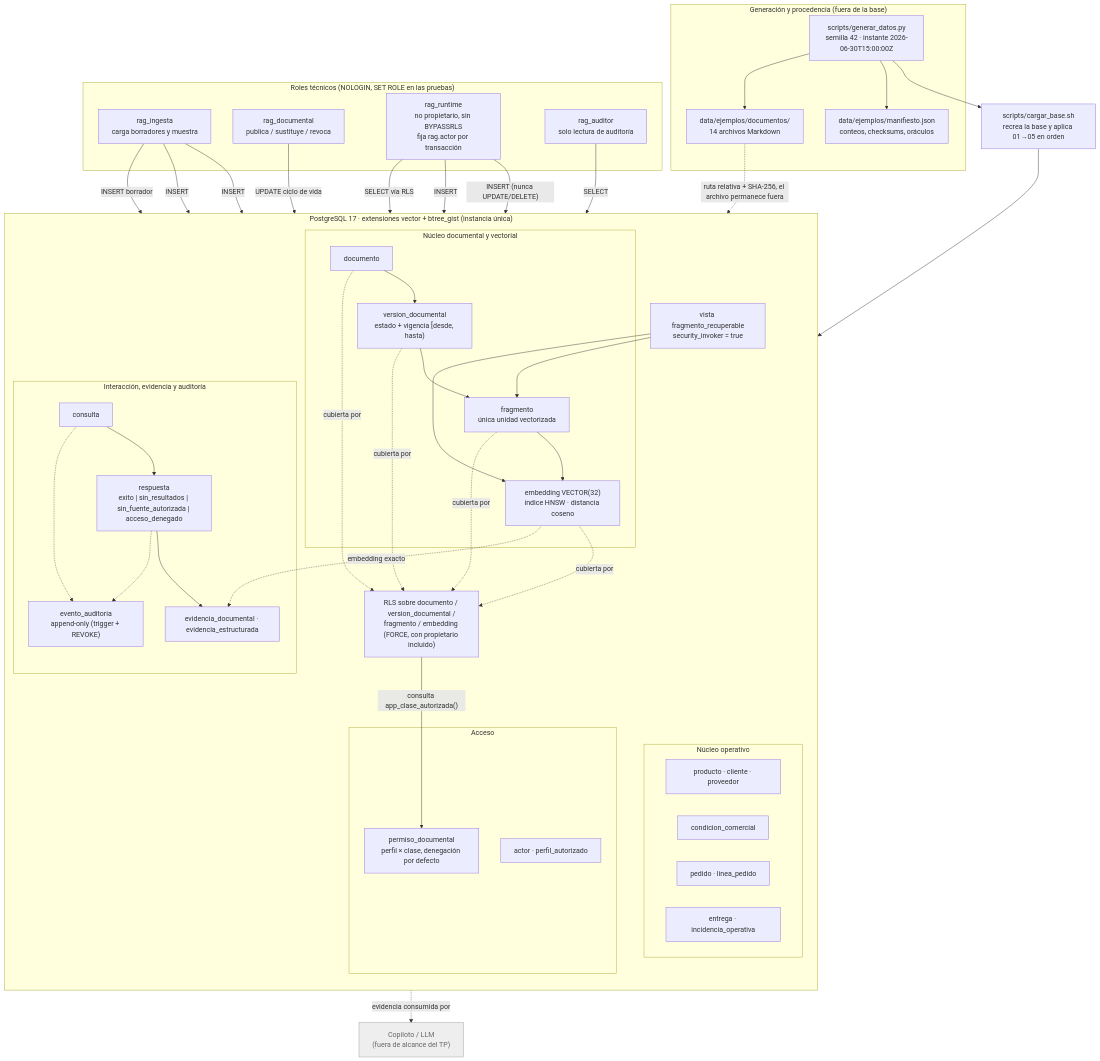
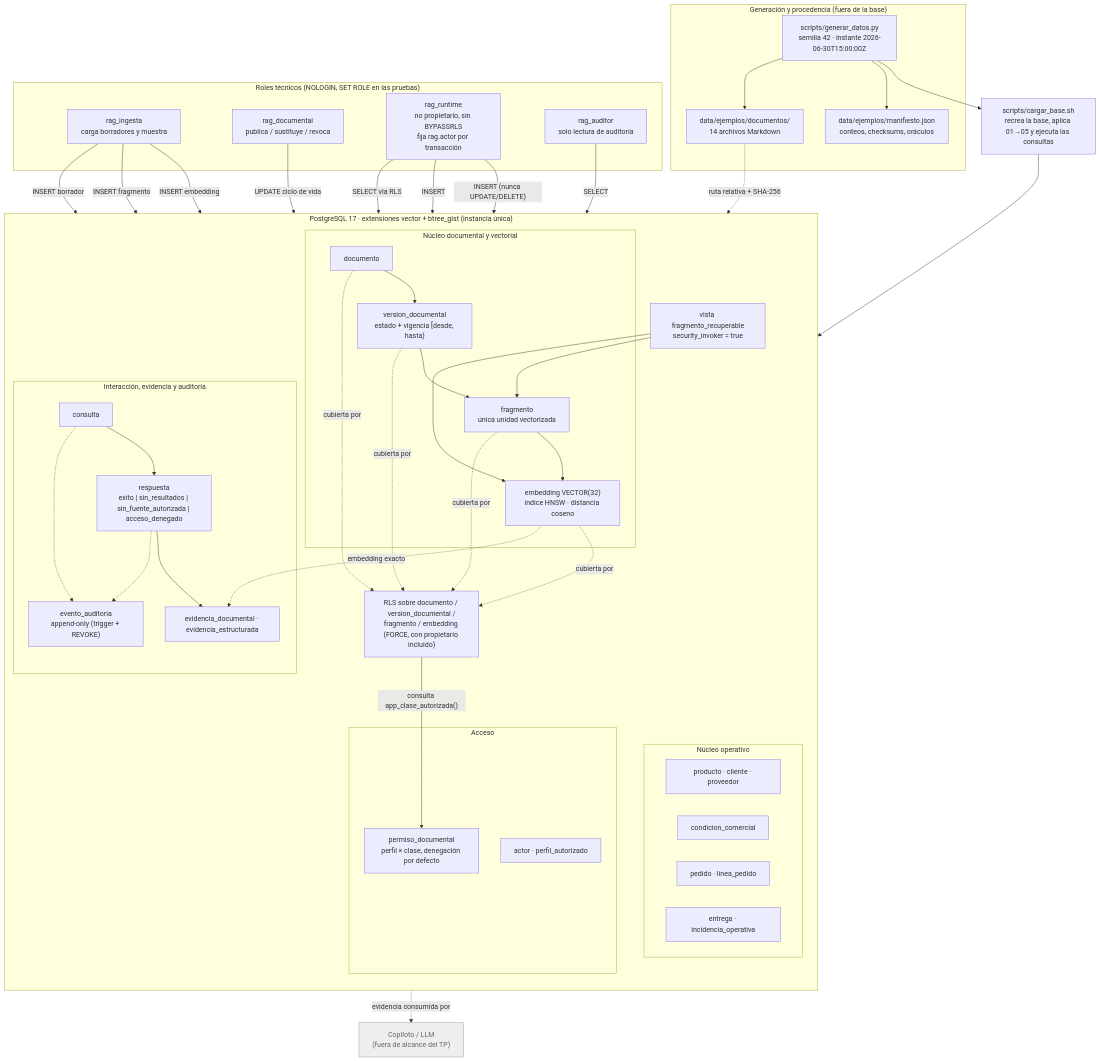
Before and after one commit to martinmw13/rag-bdia-tp-final: the diagram in docs/diagramas/arquitectura.mmd, drawn with Mermaid. The commit also changed 15 other files, not shown here.

First line of the commit message:
docs: publica los diagramas renderizados y ajusta referencias

```diff
--- a/docs/diagramas/arquitectura.mmd
+++ b/docs/diagramas/arquitectura.mmd
@@ -1,93 +1,93 @@
 %% =============================================================================
 %% Arquitectura - Capa de datos para un copiloto RAG interno
 %% =============================================================================
 %% Núcleo único: una instancia de PostgreSQL con pgvector y btree_gist concentra
 %% datos operativos, documentales, vectoriales, de acceso, interacción y
 %% auditoría. No hay frontend, backend, API ni LLM: el copiloto es el contexto
 %% del problema, representado como un consumidor externo fuera de alcance.
 %% El flujo sigue docs/specs/.../impl-modelo-datos.md: generación sintética,
 %% carga, documento/versionado, fragmentación, embeddings, recuperación
 %% autorizada, evidencia y auditoría.
 %% Fuente de autoridad: README.md, db/estructura/, db/indices_vistas/05_seguridad.sql.
 %% =============================================================================
 flowchart TD
     subgraph ORIGEN["Generación y procedencia (fuera de la base)"]
         GEN["scripts/generar_datos.py<br/>semilla 42 · instante 2026-06-30T15:00:00Z"]
         DOCS["data/ejemplos/documentos/<br/>14 archivos Markdown"]
         MANI["data/ejemplos/manifiesto.json<br/>conteos, checksums, oráculos"]
         GEN --> DOCS
         GEN --> MANI
     end
 
-    CARGA["scripts/cargar_base.sh<br/>recrea la base y aplica 01→05 en orden"]
+    CARGA["scripts/cargar_base.sh<br/>recrea la base, aplica 01→05 y ejecuta las consultas"]
     GEN --> CARGA
-    DOCS -. "ruta relativa + SHA-256, el archivo permanece fuera" .-> VD
+    DOCS -. "ruta relativa + SHA-256" .-> VD
 
     subgraph PG["PostgreSQL 17 · extensiones vector + btree_gist (instancia única)"]
         direction TB
 
         subgraph OPERATIVO["Núcleo operativo"]
             PROD["producto · cliente · proveedor"]
             COND["condicion_comercial"]
             PED["pedido · linea_pedido"]
             ENT["entrega · incidencia_operativa"]
         end
 
         subgraph DOCUMENTAL["Núcleo documental y vectorial"]
             DOC["documento"]
             VD["version_documental<br/>estado + vigencia [desde, hasta)"]
             FRAG["fragmento<br/>única unidad vectorizada"]
             EMB["embedding VECTOR(32)<br/>índice HNSW · distancia coseno"]
             DOC --> VD --> FRAG --> EMB
         end
 
         subgraph ACCESO["Acceso"]
             ACTOR["actor · perfil_autorizado"]
             PERM["permiso_documental<br/>perfil × clase, denegación por defecto"]
         end
 
         VISTA["vista fragmento_recuperable<br/>security_invoker = true"]
         RLS["RLS sobre documento / version_documental /<br/>fragmento / embedding (FORCE, con propietario incluido)"]
 
         subgraph INTERACCION["Interacción, evidencia y auditoría"]
             CONS["consulta"]
             RESP["respuesta<br/>exito | sin_resultados | sin_fuente_autorizada | acceso_denegado"]
             EVD["evidencia_documental · evidencia_estructurada"]
             AUD["evento_auditoria<br/>append-only (trigger + REVOKE)"]
             CONS --> RESP --> EVD
             CONS -.-> AUD
             RESP -.-> AUD
         end
 
         FRAG -. "cubierta por" .-> RLS
         EMB -. "cubierta por" .-> RLS
         DOC -. "cubierta por" .-> RLS
         VD -. "cubierta por" .-> RLS
         RLS -->|"consulta app_clase_autorizada()"| PERM
         VISTA --> FRAG
         VISTA --> EMB
         EMB -.->|"embedding exacto"| EVD
     end
 
     CARGA --> PG
 
     subgraph ROLES["Roles técnicos (NOLOGIN, SET ROLE en las pruebas)"]
         R_ING["rag_ingesta<br/>carga borradores y muestra"]
         R_DOC["rag_documental<br/>publica / sustituye / revoca"]
         R_RUN["rag_runtime<br/>no propietario, sin BYPASSRLS<br/>fija rag.actor por transacción"]
         R_AUD["rag_auditor<br/>solo lectura de auditoría"]
     end
 
     R_ING -->|INSERT borrador| DOC
-    R_ING -->|INSERT| FRAG
-    R_ING -->|INSERT| EMB
+    R_ING -->|"INSERT fragmento"| FRAG
+    R_ING -->|"INSERT embedding"| EMB
     R_DOC -->|"UPDATE ciclo de vida"| VD
     R_RUN -->|"SELECT vía RLS"| VISTA
     R_RUN -->|"INSERT"| CONS
     R_RUN -->|"INSERT (nunca UPDATE/DELETE)"| AUD
     R_AUD -->|"SELECT"| AUD
 
     COPILOTO["Copiloto / LLM<br/>(fuera de alcance del TP)"]
     RESP -. "evidencia consumida por" .-> COPILOTO
 
     style COPILOTO fill:#eee,stroke:#999,color:#666
```
